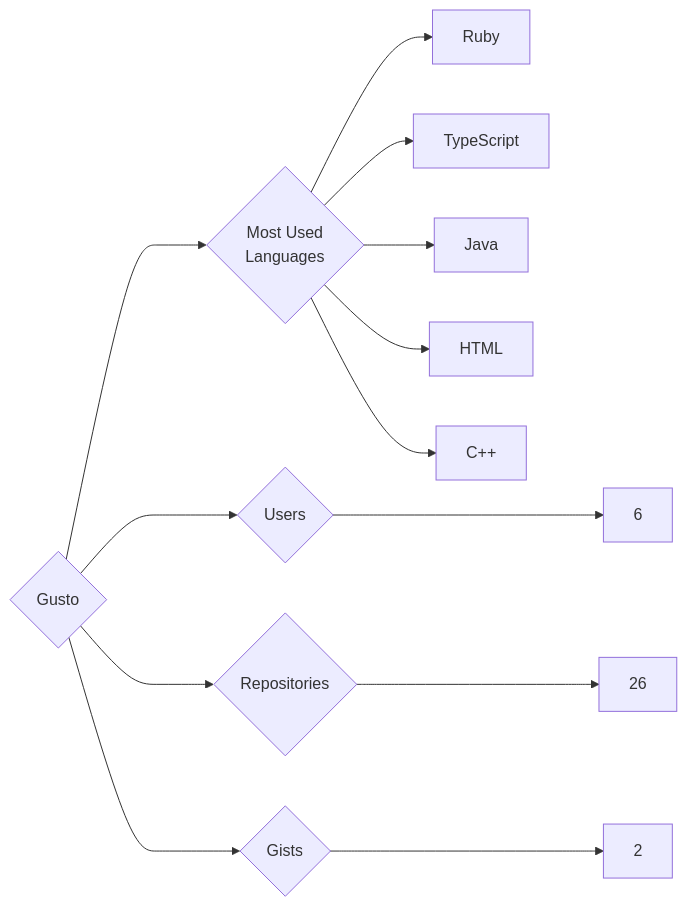
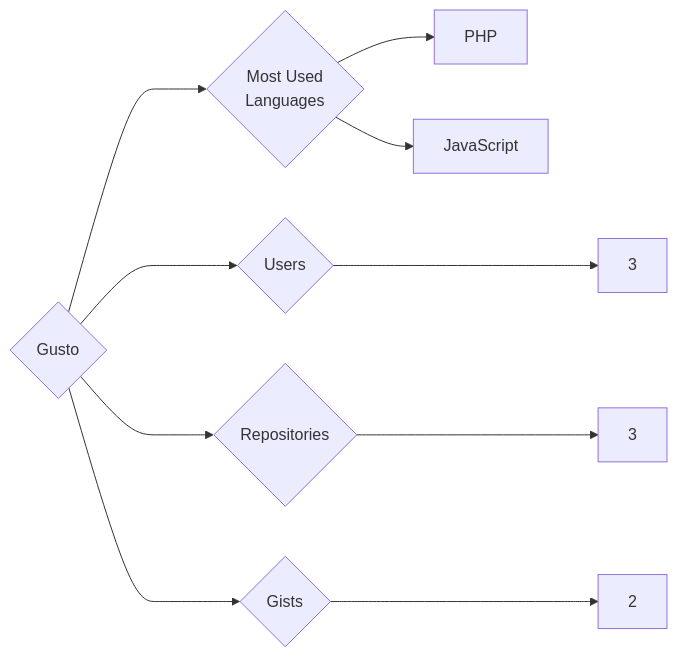
The diagram in targets/Gusto/README.md (trickest/insiders), drawn with Mermaid before and after one commit. The commit also changed 1055 other files, not shown here.

````diff
--- a/targets/Gusto/README.md
+++ b/targets/Gusto/README.md
@@ -3,13 +3,10 @@
 ```mermaid
 graph LR
 COMPANY_NAME{Gusto}
-COMPANY_NAME ---> U{Users} ---> UN[6]
-COMPANY_NAME ---> R{Repositories} ---> RN[26]
+COMPANY_NAME ---> U{Users} ---> UN[3]
+COMPANY_NAME ---> R{Repositories} ---> RN[3]
 COMPANY_NAME ---> G{Gists} ---> GN[2]
 COMPANY_NAME ---> ML{Most Used<br>Languages}
-ML --> Ruby[Ruby]
-ML --> TypeScript[TypeScript]
-ML --> Java[Java]
-ML --> HTML[HTML]
-ML --> C++[C++]
+ML --> PHP[PHP]
+ML --> JavaScript[JavaScript]
 ```
````
